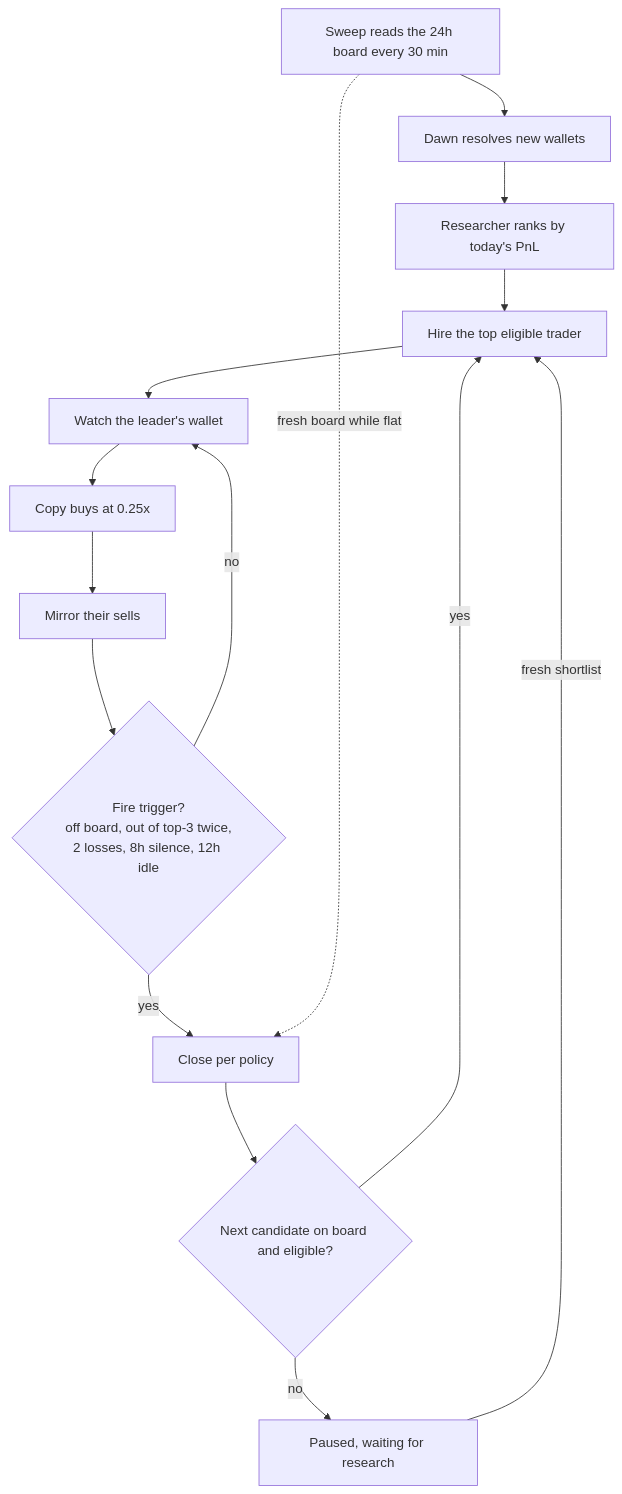
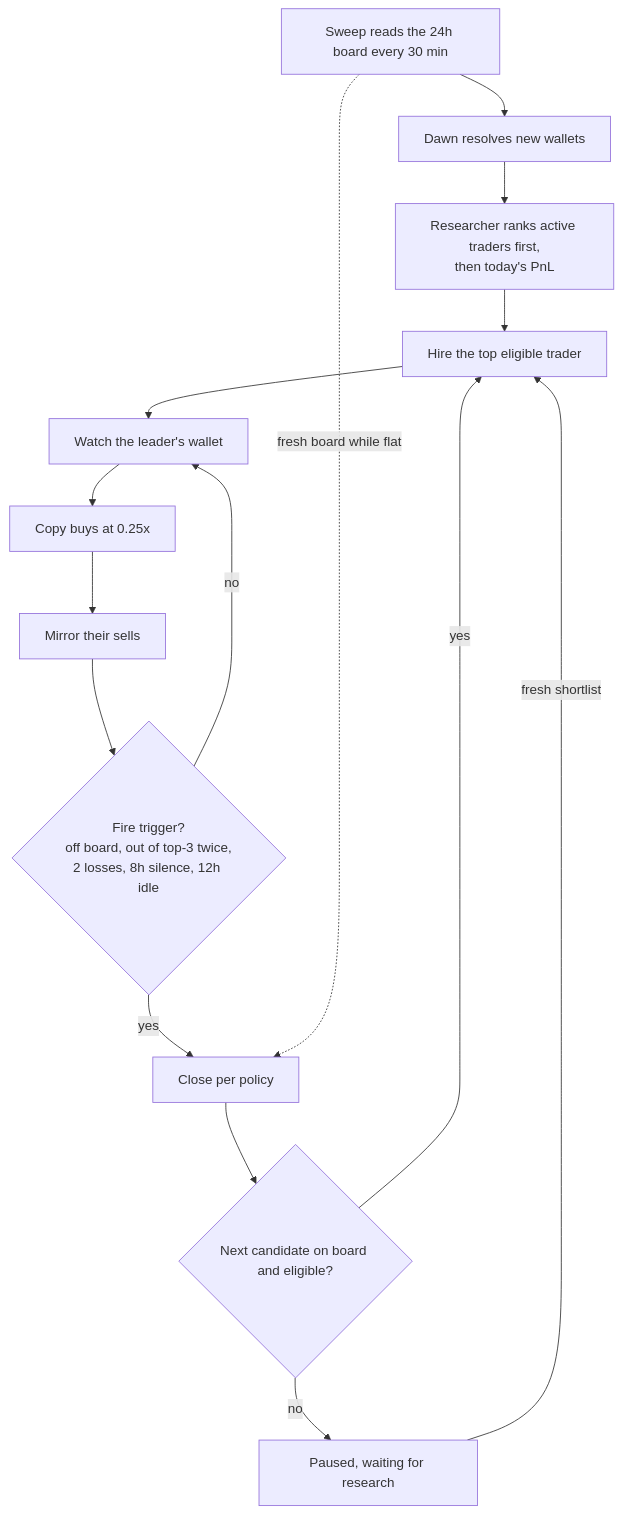
One commit to RuneL89/zcode-copytrade-bot changed the diagram in docs/diagrams/copy-loop-overview.mmd. Above: the diagram before and after it, drawn with Mermaid. The commit also changed 26 other files, not shown here.

```diff
--- a/docs/diagrams/copy-loop-overview.mmd
+++ b/docs/diagrams/copy-loop-overview.mmd
@@ -1,16 +1,16 @@
 %% Render: ~/.zcode/tools/mermaid-render/render.sh -i copy-loop-overview.mmd -o ../images/copy-loop-overview.png -b white -s 2 -w 1600
 flowchart TD
     A["Sweep reads the 24h board every 30 min"] --> B["Dawn resolves new wallets"]
-    B --> C["Researcher ranks by today's PnL"]
+    B --> C["Researcher ranks active traders first,<br/>then today's PnL"]
     C --> D["Hire the top eligible trader"]
     D --> E["Watch the leader's wallet"]
     E --> F["Copy buys at 0.25x"]
     F --> G["Mirror their sells"]
     G --> H{"Fire trigger?<br/>off board, out of top-3 twice,<br/>2 losses, 8h silence, 12h idle"}
     H -->|no| E
     H -->|yes| I["Close per policy"]
     A -.->|fresh board while flat| I
     I --> J{"Next candidate on board and eligible?"}
     J -->|yes| D
     J -->|no| K["Paused, waiting for research"]
     K -->|fresh shortlist| D
```
